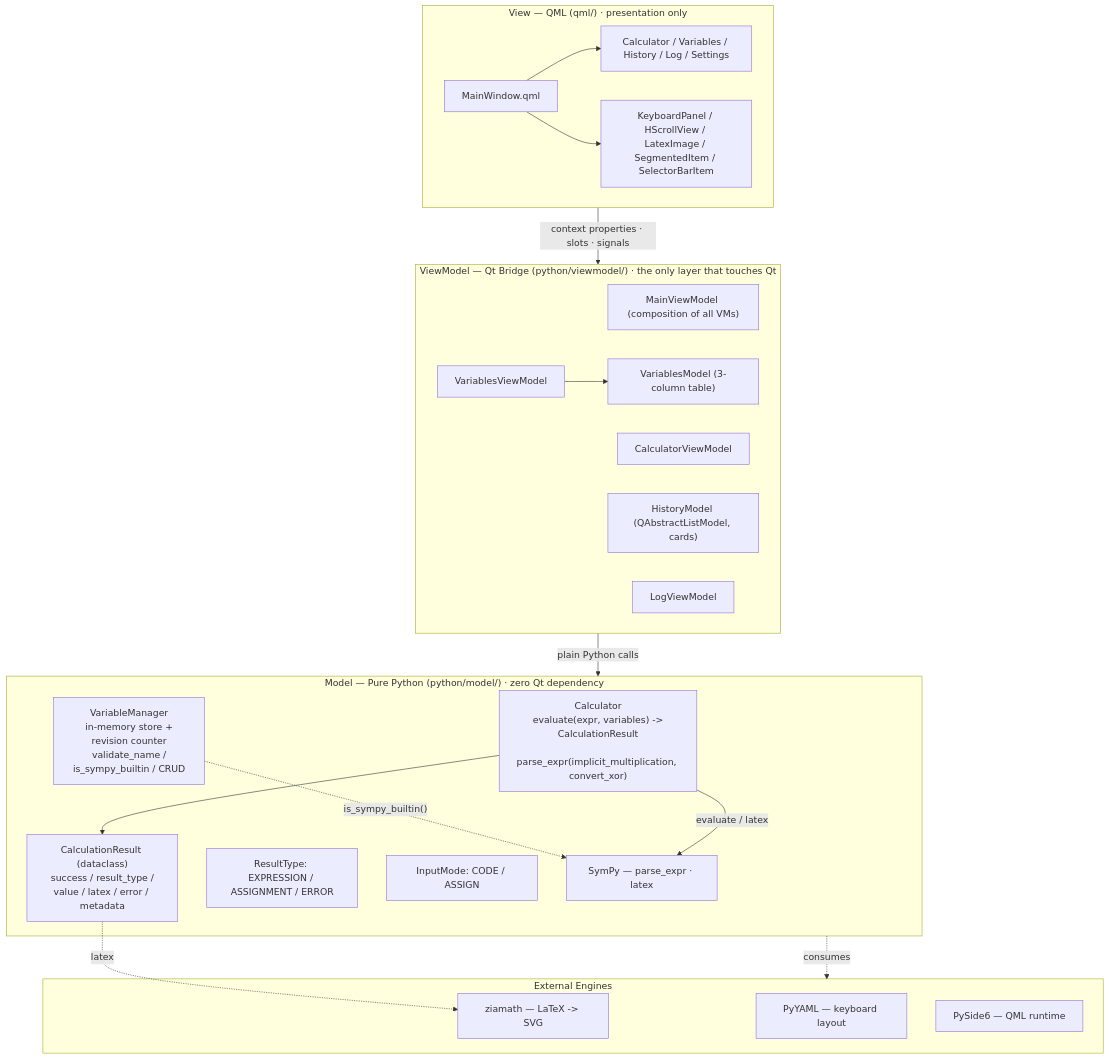
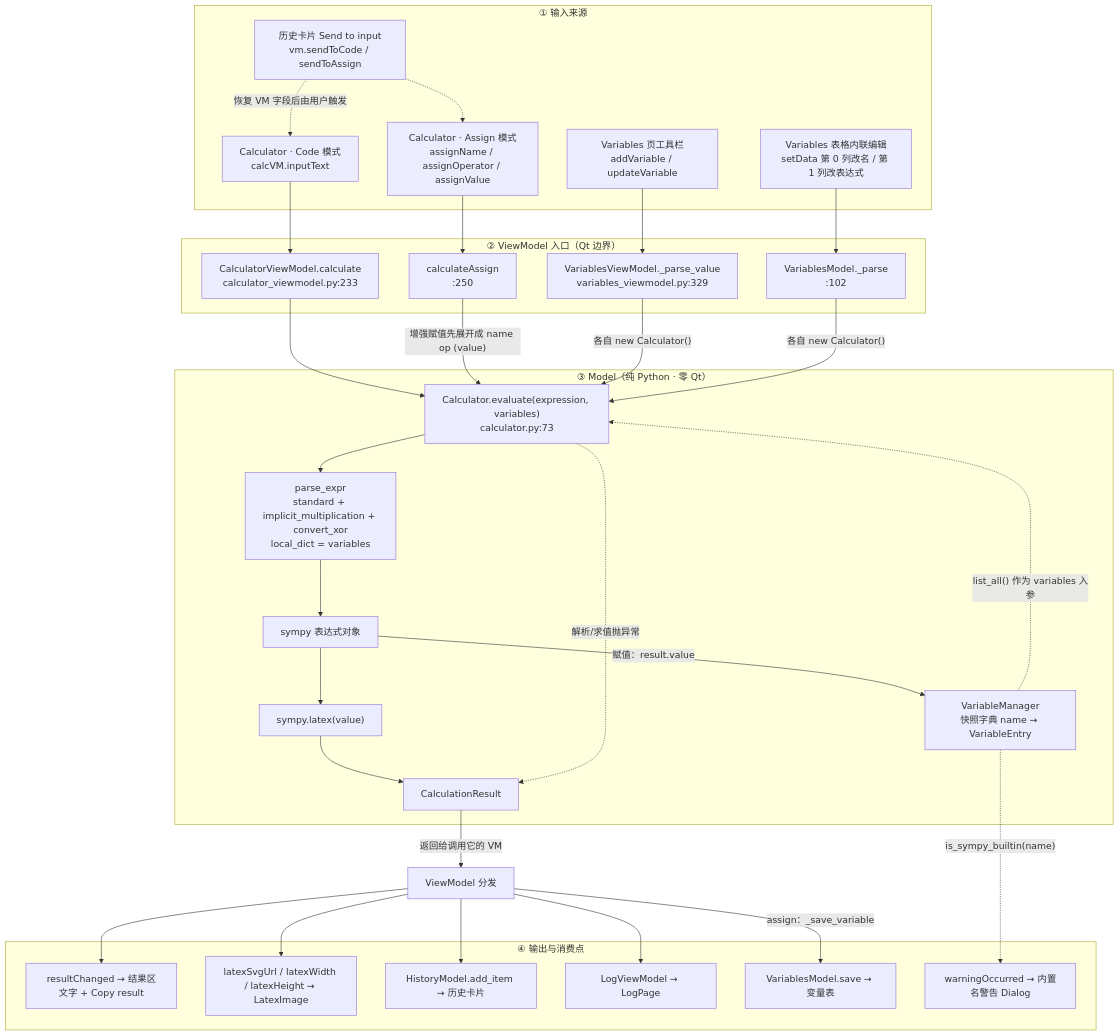
One commit to I-AM-A-NOOB/Symplify changed the first of 2 diagrams in docs/architecture.md. Above: the diagram before and after it, drawn with Mermaid. The commit also changed other lines of this file and 1 other file, not shown here.

First line of the commit message:
docs: rewrite architecture as a Model-first data-flow walkthrough

````diff
--- a/docs/architecture.md
+++ b/docs/architecture.md
@@ -7,38 +18,64 @@
 ```mermaid
 flowchart TB
-    subgraph VIEW["View — QML (qml/) · presentation only"]
-        MW["MainWindow.qml"] --> PAGES["Calculator / Variables / History / Log / Settings"]
-        MW --> COMP["KeyboardPanel / HScrollView / LatexImage / SegmentedItem / SelectorBarItem"]
+    subgraph IN["① 输入来源"]
+        A1["Calculator · Code 模式<br/>calcVM.inputText"]
+        A2["Calculator · Assign 模式<br/>assignName / assignOperator / assignValue"]
+        A3["Variables 页工具栏<br/>addVariable / updateVariable"]
+        A4["Variables 表格内联编辑<br/>setData 第 0 列改名 / 第 1 列改表达式"]
+        A5["历史卡片 Send to input<br/>vm.sendToCode / sendToAssign"]
     end
 
-    subgraph VM["ViewModel — Qt Bridge (python/viewmodel/) · the only layer that touches Qt"]
-        MVM["MainViewModel (composition of all VMs)"]
-        CVM["CalculatorViewModel"]
-        VVM["VariablesViewModel"] --> VModel["VariablesModel (3-column table)"]
-        HModel["HistoryModel (QAbstractListModel, cards)"]
-        LOG["LogViewModel"]
+    subgraph VML["② ViewModel 入口（Qt 边界）"]
+        B1["CalculatorViewModel.calculate<br/>calculator_viewmodel.py:233"]
+        B2["calculateAssign<br/>:250"]
+        B3["VariablesViewModel._parse_value<br/>variables_viewmodel.py:329"]
+        B4["VariablesModel._parse<br/>:102"]
     end
 
-    subgraph MODEL["Model — Pure Python (python/model/) · zero Qt dependency"]
-        CALC["Calculator\n evaluate(expr, variables) -> CalculationResult\n parse_expr(implicit_multiplication, convert_xor)"]
-        RESULT["CalculationResult (dataclass)\n success / result_type / value / latex / error / metadata"]
-        RT["ResultType: EXPRESSION / ASSIGNMENT / ERROR"]
-        VARS["VariableManager\n in-memory store + revision counter\n validate_name / is_sympy_builtin / CRUD"]
-        IMODE["InputMode: CODE / ASSIGN"]
-        CALC --> RESULT
-        VARS -. is_sympy_builtin() .-> SYMPY
+    subgraph MOD["③ Model（纯 Python · 零 Qt）"]
+        C1["Calculator.evaluate(expression, variables)<br/>calculator.py:73"]
+        C2["parse_expr<br/>standard + implicit_multiplication + convert_xor<br/>local_dict = variables"]
+        C3["sympy 表达式对象"]
+        C4["sympy.latex(value)"]
+        C5["CalculationResult"]
+        C6["VariableManager<br/>快照字典 name → VariableEntry"]
     end
 
-    subgraph EXT["External Engines"]
-        SYMPY["SymPy — parse_expr · latex"]
-        ZIA["ziamath — LaTeX -> SVG"]
-        YAML["PyYAML — keyboard layout"]
-        QT["PySide6 — QML runtime"]
+    subgraph OUT["④ 输出与消费点"]
+        D1["resultChanged → 结果区文字 + Copy result"]
+        D2["latexSvgUrl / latexWidth / latexHeight → LatexImage"]
+        D3["HistoryModel.add_item → 历史卡片"]
+        D4["LogViewModel → LogPage"]
+        D5["VariablesModel.save → 变量表"]
+        D6["warningOccurred → 内置名警告 Dialog"]
     end
 
-    VIEW -->|"context properties · slots · signals"| VM
-    VM -->|"plain Python calls"| MODEL
-    CALC -->|"evaluate / latex"| SYMPY
-    RESULT -. latex .-> ZIA
-    MODEL -.->|"consumes"| EXT
+    A5 -.->|"恢复 VM 字段后由用户触发"| A1
+    A5 -.-> A2
+    A1 --> B1
+    A2 --> B2
+    A3 --> B3
+    A4 --> B4
+
+    B1 --> C1
+    B2 -->|"增强赋值先展开成 name op (value)"| C1
+    B3 -->|"各自 new Calculator()"| C1
+    B4 -->|"各自 new Calculator()"| C1
+
+    C1 --> C2
+    C2 --> C3
+    C3 --> C4
+    C4 --> C5
+    C1 -.->|"解析/求值抛异常"| C5
+
+    C3 -->|"赋值：result.value"| C6
+    C6 -.->|"list_all() 作为 variables 入参"| C1
+    C6 -.->|"is_sympy_builtin(name)"| D6
+
+    C5 -->|"返回给调用它的 VM"| R["ViewModel 分发"]
+    R --> D1
+    R --> D2
+    R --> D3
+    R --> D4
+    R -->|"assign：_save_variable"| D5
 ```
````
